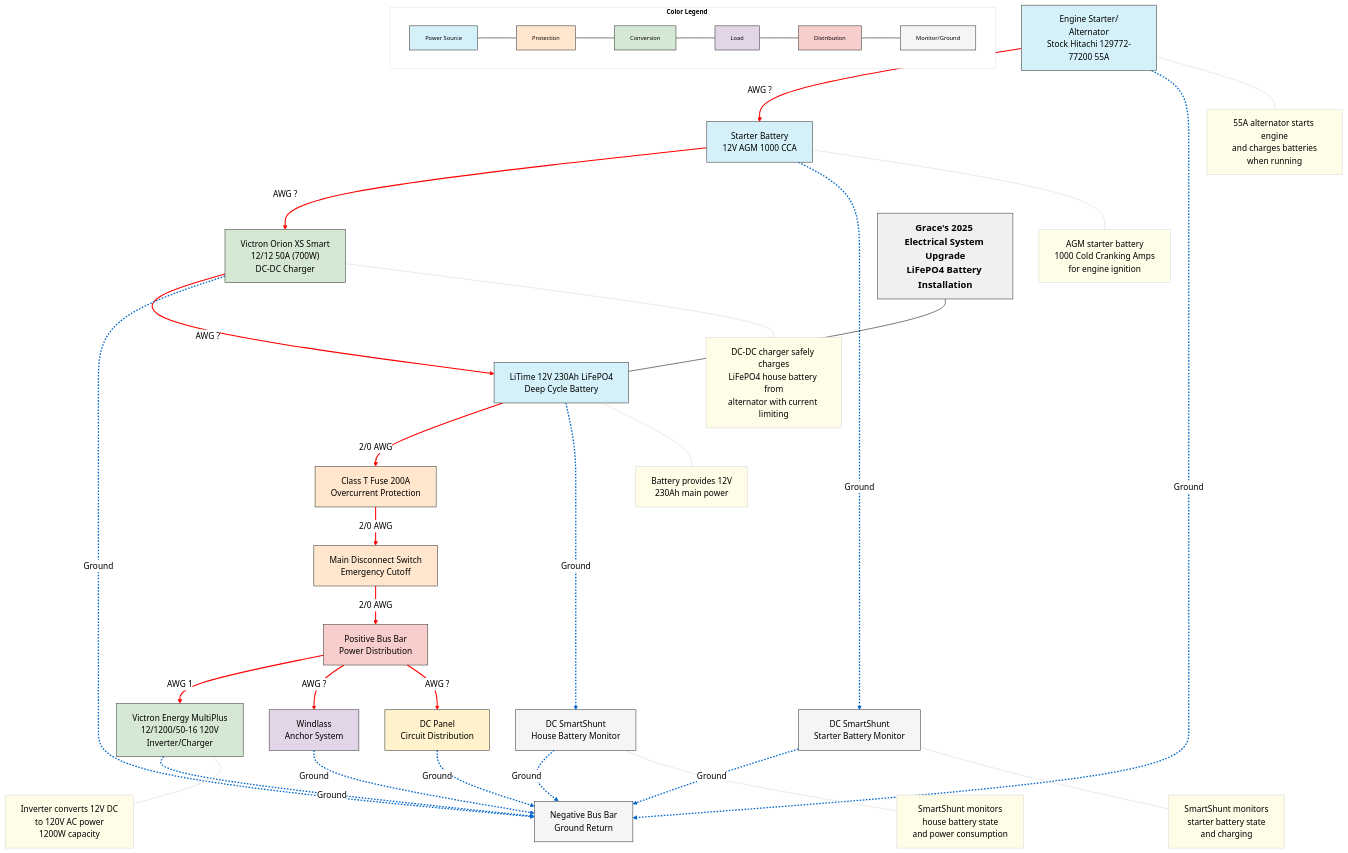
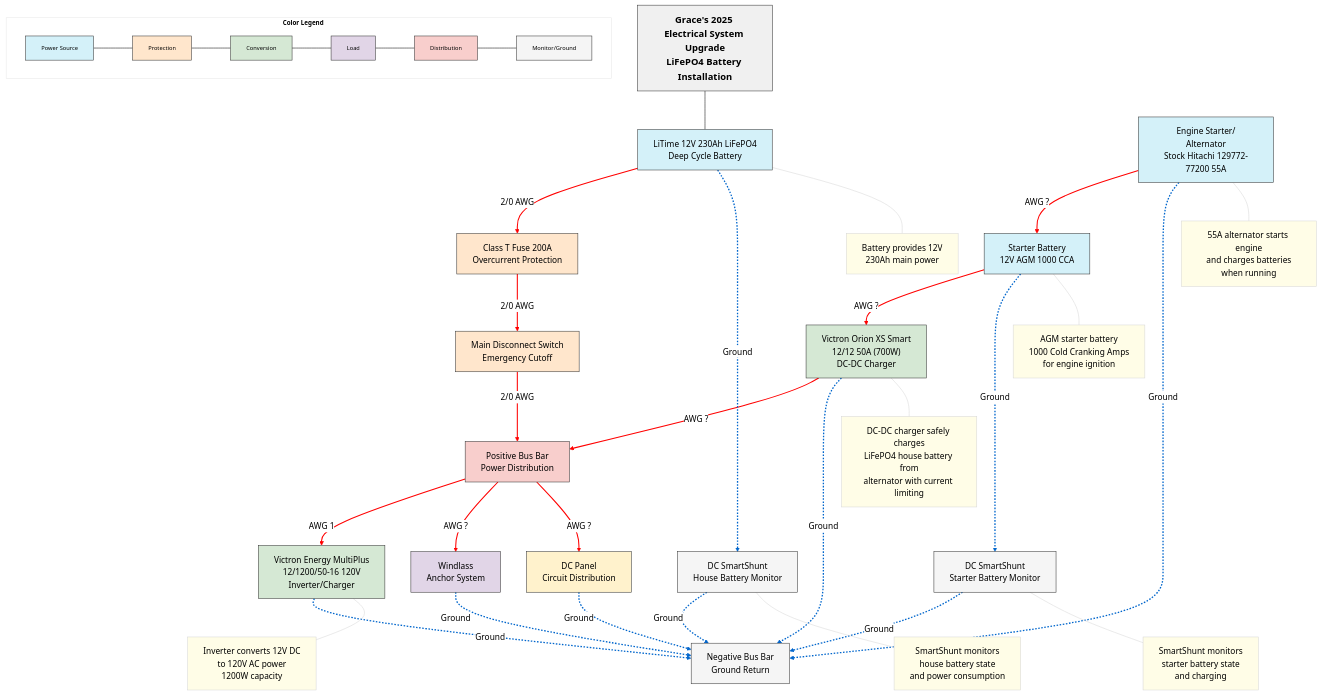
Before and after one commit to jkrauska/graceElectrical: the diagram in 2025-electrical-upgrade.md, drawn with Mermaid. The commit also changed other lines of this file and 4 other files, not shown here.

```diff
--- a/2025-electrical-upgrade.md
+++ b/2025-electrical-upgrade.md
@@ -71,7 +71,7 @@
   %% Starter battery and alternator connections
   alternator -->|AWG ?| starter_battery
   starter_battery -->|AWG ?| dc_dc_charger
-  dc_dc_charger -->|AWG ?| house_battery
+  dc_dc_charger -->|AWG ?| positive_bus
   
   %% Ground connections (dotted lines in blue for better visibility)
   house_battery -.->|Ground| house_shunt
```
